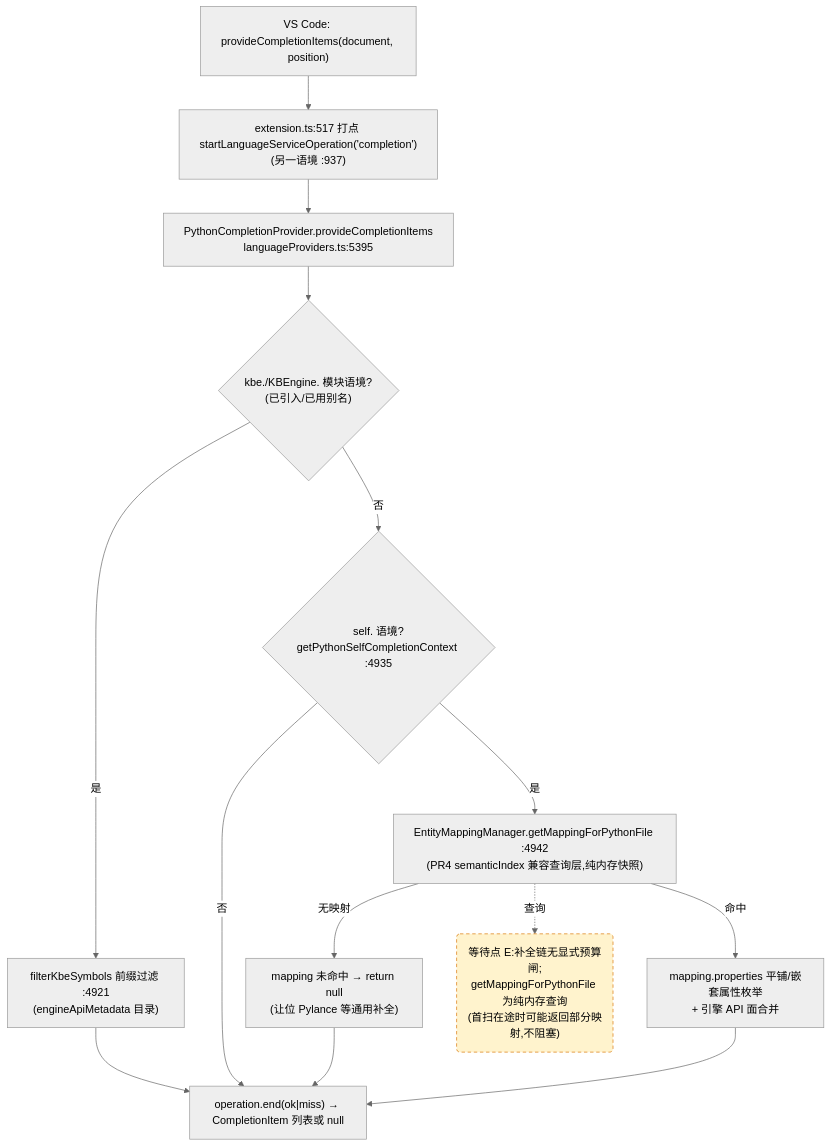
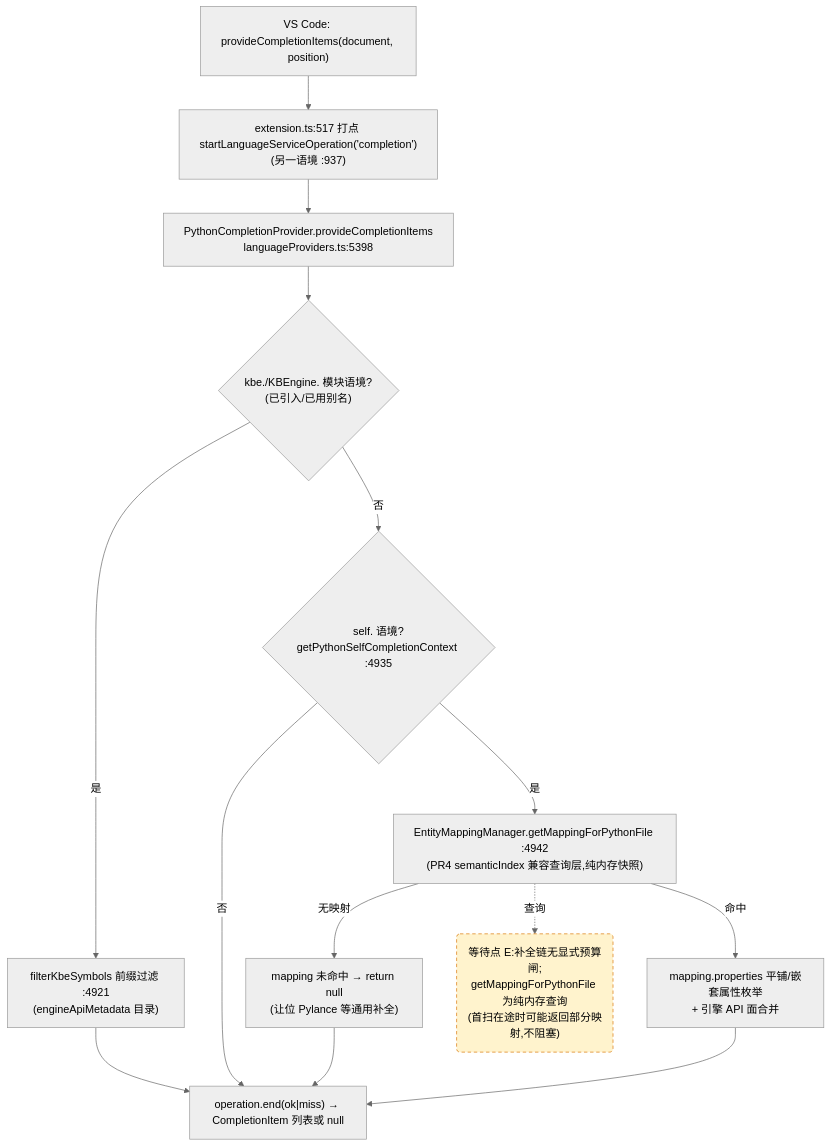
The third of 4 diagrams in docs/perf/2026-baseline.md (cuihairu/kode), drawn with Mermaid (neutral theme) before and after one commit. The commit also changed other lines of this file and 6 other files, not shown here.

````diff
--- a/docs/perf/2026-baseline.md
+++ b/docs/perf/2026-baseline.md
@@ -184,27 +184,27 @@
 ```mermaid
 flowchart TD
   VC3["VS Code: provideCompletionItems(document, position)"]
   M3["extension.ts:517 打点 startLanguageServiceOperation('completion')<br/>(另一语境 :937)"]
-  CP["PythonCompletionProvider.provideCompletionItems<br/>languageProviders.ts:5395"]
+  CP["PythonCompletionProvider.provideCompletionItems<br/>languageProviders.ts:5398"]
   KBEC{"kbe./KBEngine. 模块语境?<br/>(已引入/已用别名)"}
   FILTER["filterKbeSymbols 前缀过滤 :4921<br/>(engineApiMetadata 目录)"]
   SELFC{"self. 语境?<br/>getPythonSelfCompletionContext :4935"}
   MAP["EntityMappingManager.getMappingForPythonFile :4942<br/>(PR4 semanticIndex 兼容查询层,纯内存快照)"]
   NOMAP["mapping 未命中 → return null<br/>(让位 Pylance 等通用补全)"]
   PROPS["mapping.properties 平铺/嵌套属性枚举<br/>+ 引擎 API 面合并"]
   END3["operation.end(ok|miss) → CompletionItem 列表或 null"]
 
   VC3 --> M3 --> CP --> KBEC
   KBEC -- "是" --> FILTER --> END3
   KBEC -- "否" --> SELFC
   SELFC -- "否" --> END3
   SELFC -- "是" --> MAP
   MAP -- "无映射" --> NOMAP --> END3
   MAP -- "命中" --> PROPS --> END3
 
   WAITE("等待点 E:补全链无显式预算闸;<br/>getMappingForPythonFile 为纯内存查询<br/>(首扫在途时可能返回部分映射,不阻塞)")
   MAP -.->|查询| WAITE
 
   classDef waitPoint fill:#fff3cd,stroke:#d97706,stroke-dasharray:5 4;
   class WAITE waitPoint;
 ```
````
